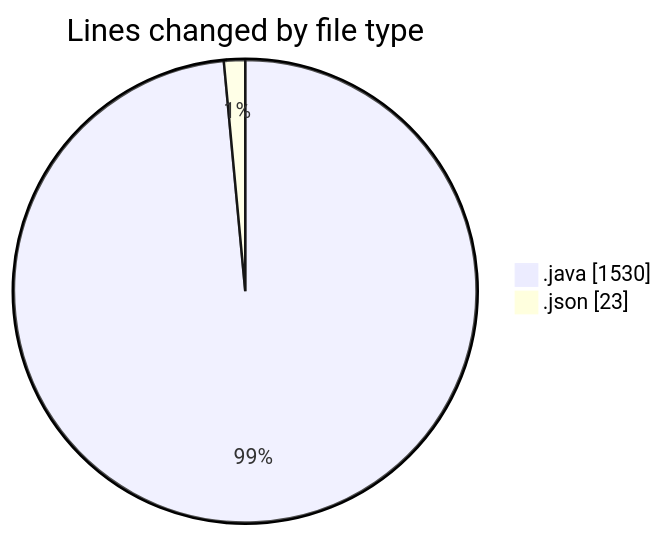
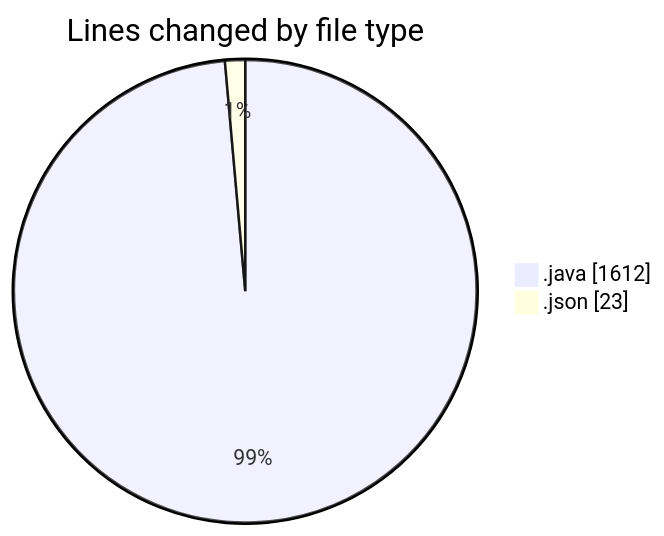
Before and after one commit to ricardozamudiocil/code-tracking: the first of 2 diagrams in 2026-03-30/cilapp/README.md, drawn with Mermaid. The commit also changed other lines of this file and 1 other file, not shown here.

````diff
--- a/2026-03-30/cilapp/README.md
+++ b/2026-03-30/cilapp/README.md
@@ -25,6 +25,6 @@
 ```mermaid
 pie showData
 title Lines changed by file type
-".java" : 1530
+".java" : 1612
 ".json" : 23
 ```
````
